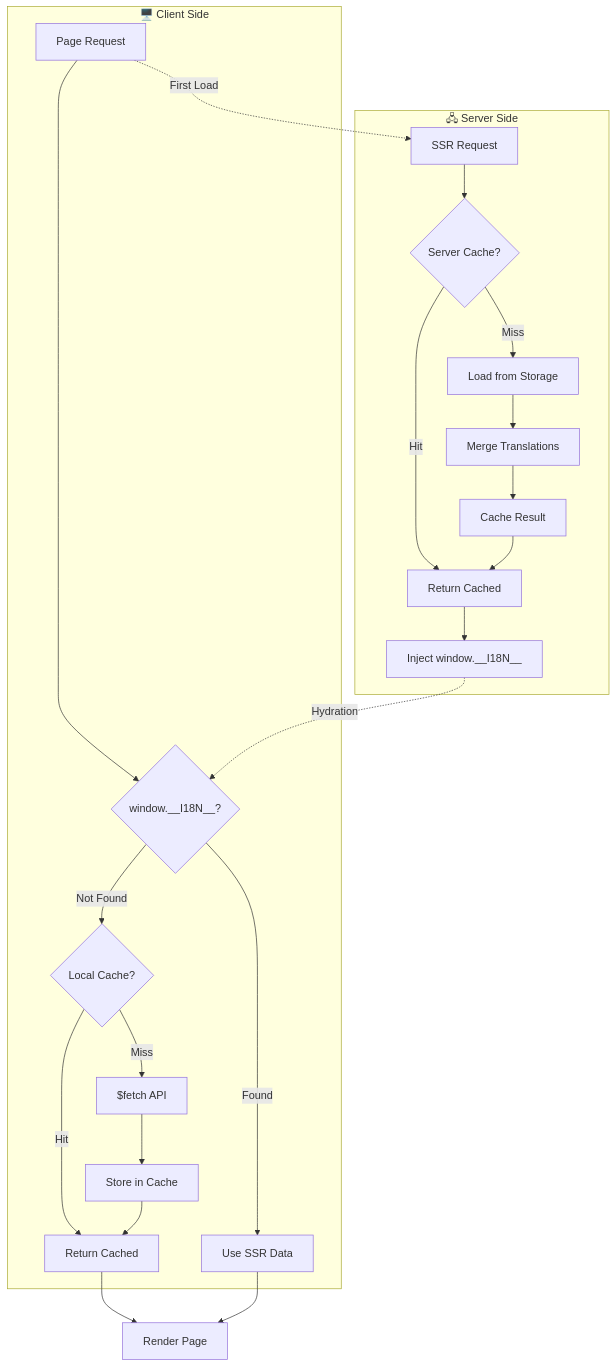
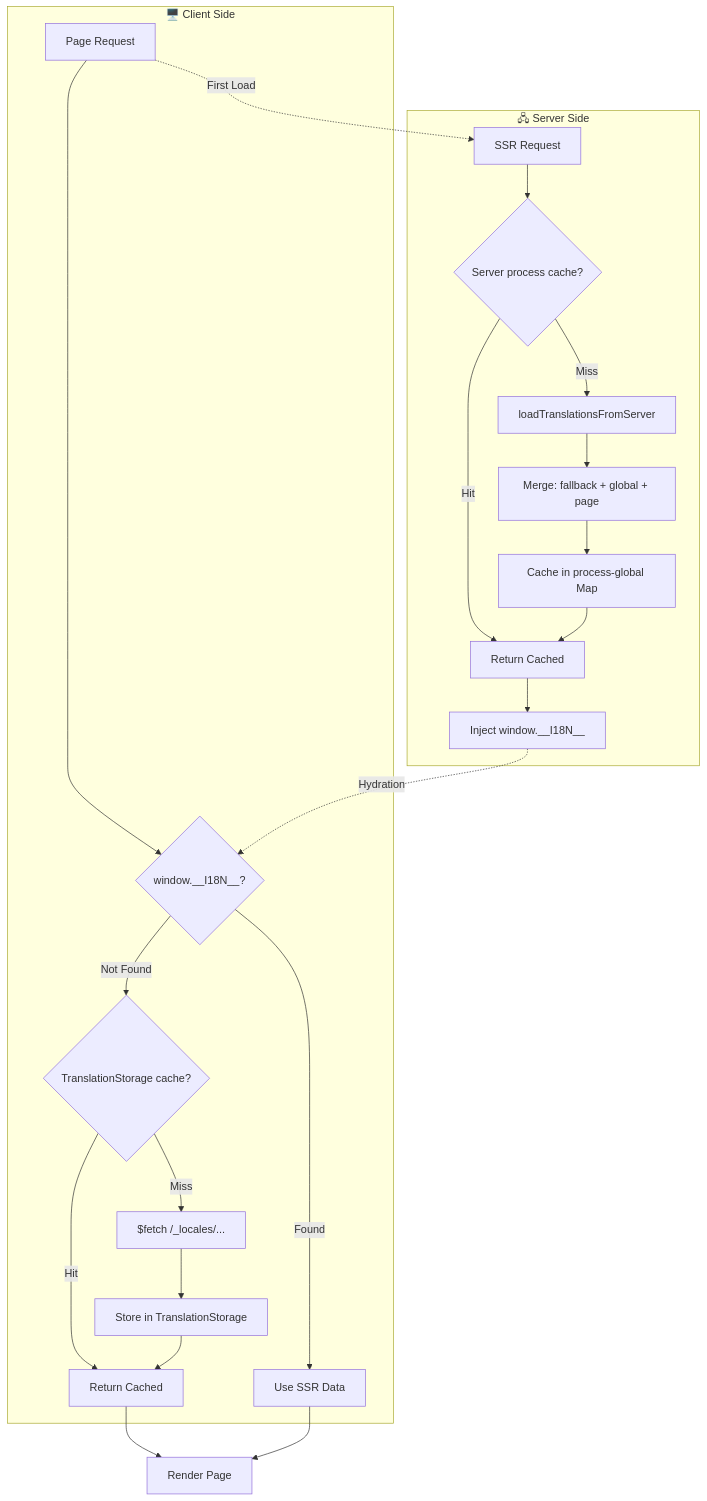
The second of 2 diagrams in docs/guide/getting-started.md (s00d/nuxt-i18n-micro), drawn with Mermaid before and after one commit. The commit also changed other lines of this file, not shown here.

````diff
--- a/docs/guide/getting-started.md
+++ b/docs/guide/getting-started.md
@@ -631,27 +631,27 @@
 ```mermaid
 flowchart TB
     subgraph Client["🖥️ Client Side"]
         A[Page Request] --> B{window.__I18N__?}
         B -->|Found| C[Use SSR Data]
-        B -->|Not Found| D{Local Cache?}
+        B -->|Not Found| D{TranslationStorage cache?}
         D -->|Hit| E[Return Cached]
-        D -->|Miss| F["$fetch API"]
-        F --> G[Store in Cache]
+        D -->|Miss| F["$fetch /_locales/..."]
+        F --> G[Store in TranslationStorage]
         G --> E
     end
 
     subgraph Server["🖧 Server Side"]
-        H[SSR Request] --> I{Server Cache?}
+        H[SSR Request] --> I{Server process cache?}
         I -->|Hit| J[Return Cached]
-        I -->|Miss| K[Load from Storage]
-        K --> L[Merge Translations]
-        L --> M[Cache Result]
+        I -->|Miss| K[loadTranslationsFromServer]
+        K --> L["Merge: fallback + global + page"]
+        L --> M[Cache in process-global Map]
         M --> J
-        J --> N[Inject window.__I18N__]
+        J --> N["Inject window.__I18N__"]
     end
 
     A -.->|First Load| H
     N -.->|Hydration| B
     E --> O[Render Page]
     C --> O
 ```
````
